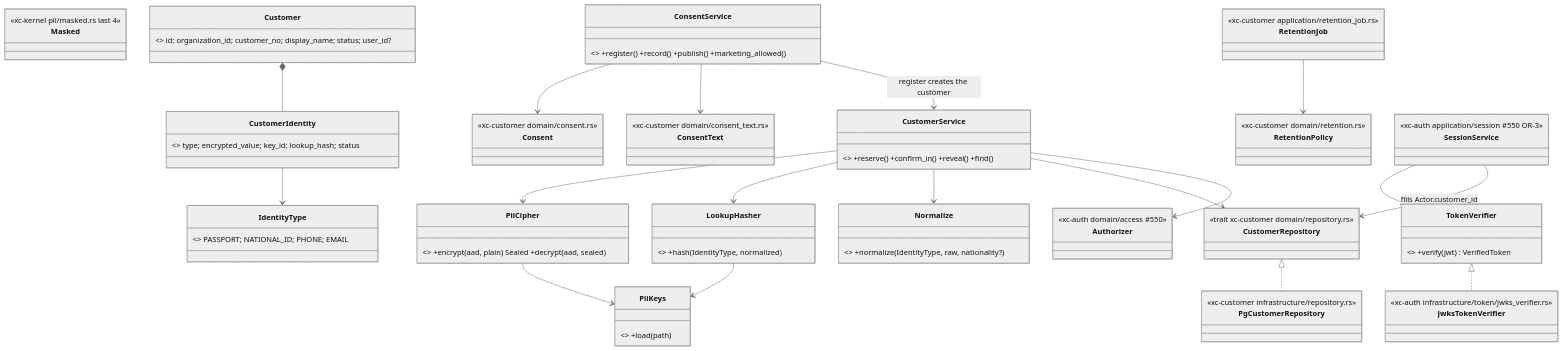
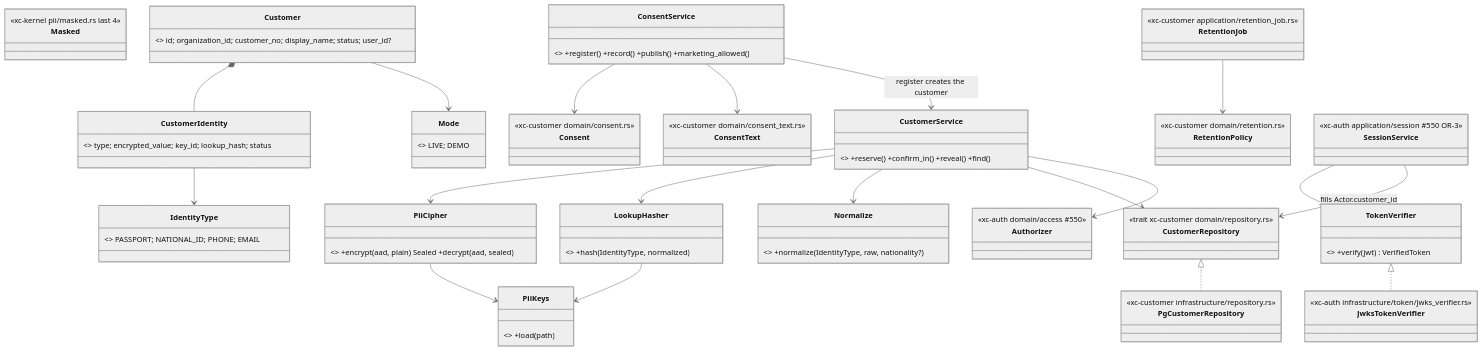
One commit to yuthstyle88/xchange-dev changed the diagram in docs/design/blueprint/customer-identity-consent.md. Above: the diagram before and after it, drawn with Mermaid (neutral theme). The commit also changed other lines of this file and 2 other files, not shown here.

First line of the commit message:
docs(#554): CI-1, CI-4 and CI-5 are one ticket; Mode moves to xc-kernel (#711)

````diff
--- a/docs/design/blueprint/customer-identity-consent.md
+++ b/docs/design/blueprint/customer-identity-consent.md
@@ -183,42 +183,44 @@
 ```mermaid
 classDiagram
   class PiiCipher { <<xc-kernel pii/cipher.rs>> +encrypt(aad, plain) Sealed +decrypt(aad, sealed) }
   class LookupHasher { <<xc-kernel pii/lookup_hash.rs>> +hash(IdentityType, normalized) }
   %% LookupHasher::hash = HMAC(hk, TYPE || 0x1f || normalized)
   class Normalize { <<xc-kernel pii/normalize.rs>> +normalize(IdentityType, raw, nationality?) }
   class PiiKeys { <<xc-kernel pii/key_file.rs  /etc/xc-v3/pii.key>> +load(path) }
   class Masked { <<xc-kernel pii/masked.rs  last 4>> }
   class Customer { <<xc-customer domain/customer.rs>> id; organization_id; customer_no; display_name; status; user_id? }
   class CustomerIdentity { <<xc-customer domain/identity.rs>> type; encrypted_value; key_id; lookup_hash; status }
+  class Mode { <<enum xc-kernel mode.rs  moved, not copied, from xc-exchange domain/customer/value_objects/mode.rs>> LIVE; DEMO }
   class IdentityType { <<enum xc-kernel pii/identity_type.rs  used by xc-customer, not copied>> PASSPORT; NATIONAL_ID; PHONE; EMAIL }
   class CustomerRepository { <<trait xc-customer domain/repository.rs>> }
   class PgCustomerRepository { <<xc-customer infrastructure/repository.rs>> }
   class CustomerService { <<xc-customer application/customer_service.rs>> +reserve() +confirm_in() +reveal() +find() }
   class Consent { <<xc-customer domain/consent.rs>> }
   class ConsentText { <<xc-customer domain/consent_text.rs>> }
   class ConsentService { <<xc-customer application/consent_service.rs>> +register() +record() +publish() +marketing_allowed() }
   class RetentionPolicy { <<xc-customer domain/retention.rs>> }
   class RetentionJob { <<xc-customer application/retention_job.rs>> }
   class TokenVerifier { <<trait xc-auth domain/token/token_verifier.rs  I-2>> +verify(jwt) VerifiedToken }
   class JwksTokenVerifier { <<xc-auth infrastructure/token/jwks_verifier.rs>> }
   class Authorizer { <<xc-auth domain/access  #550>> }
   class SessionService { <<xc-auth application/session  #550 OR-3>> }
 
   CustomerService --> PiiCipher
   CustomerService --> LookupHasher
   CustomerService --> Normalize
   CustomerService --> CustomerRepository
   CustomerService --> Authorizer
   CustomerRepository <|.. PgCustomerRepository
   Customer *-- CustomerIdentity
+  Customer --> Mode
   CustomerIdentity --> IdentityType
   ConsentService --> Consent
   ConsentService --> ConsentText
   ConsentService --> CustomerService : register creates the customer
   RetentionJob --> RetentionPolicy
   PiiCipher --> PiiKeys
   LookupHasher --> PiiKeys
   TokenVerifier <|.. JwksTokenVerifier
   SessionService --> TokenVerifier
   SessionService --> CustomerRepository : fills Actor.customer_id
 ```
````
